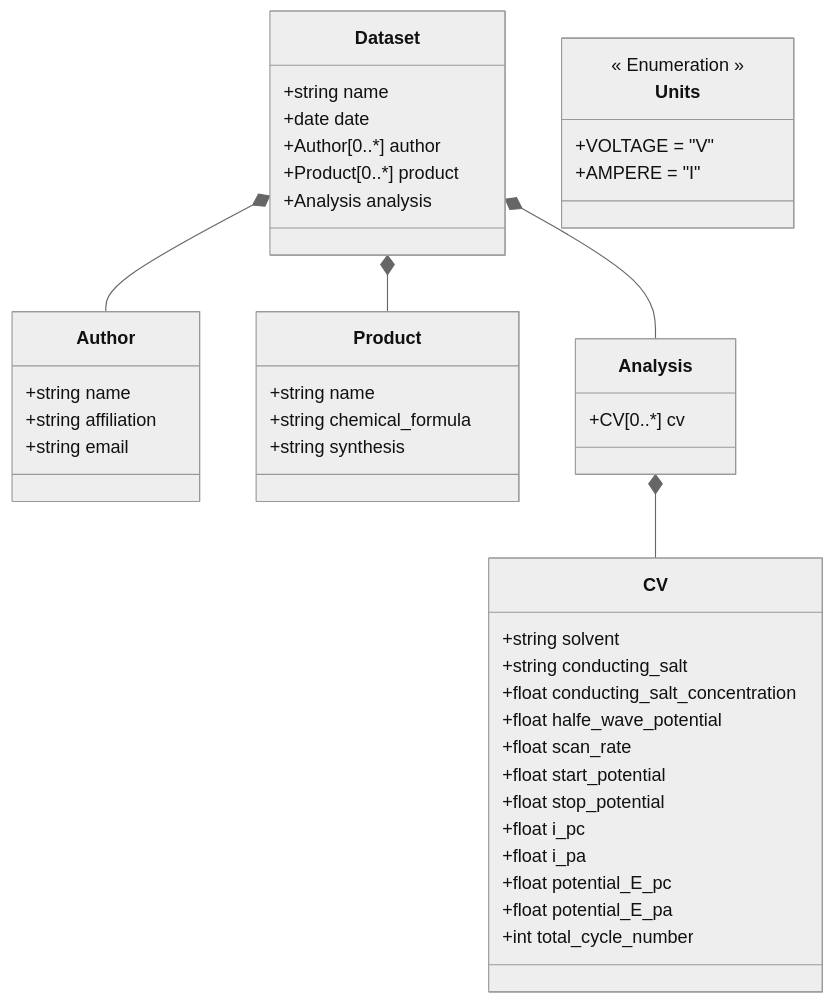
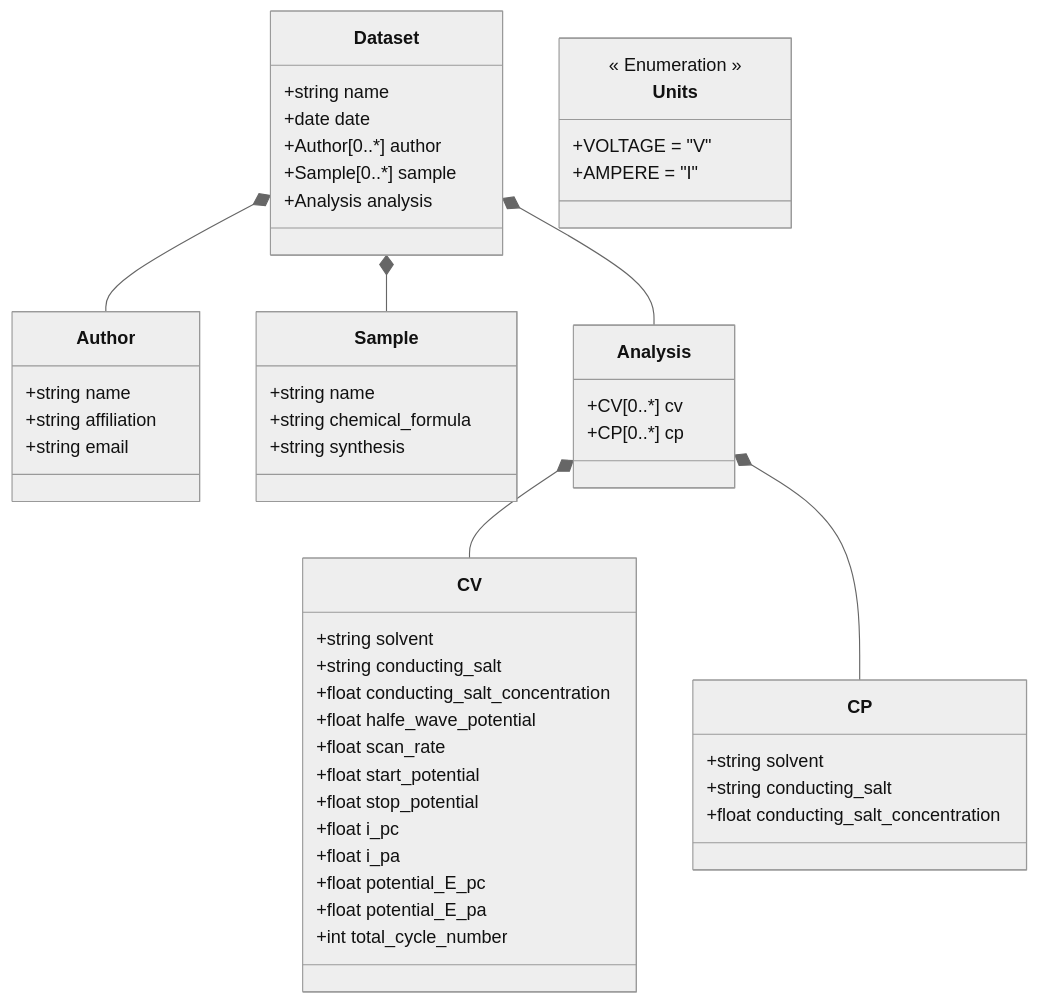
One commit to FAIRChemistry/datamodel-electrochemistry changed the diagram in ElectrochemistryDataModel/schemes/Datamodel for Electrochemistry.md. Above: the diagram before and after it, drawn with Mermaid (neutral theme). The commit also changed 7 other files, not shown here.

````diff
--- a/ElectrochemistryDataModel/schemes/Datamodel for Electrochemistry.md
+++ b/ElectrochemistryDataModel/schemes/Datamodel for Electrochemistry.md
@@ -1,53 +1,61 @@
 ```mermaid
 classDiagram
     Dataset *-- Author
-    Dataset *-- Product
+    Dataset *-- Sample
     Dataset *-- Analysis
     Analysis *-- CV
+    Analysis *-- CP
     
     class Dataset {
         +string name
         +date date
         +Author[0..*] author
-        +Product[0..*] product
+        +Sample[0..*] sample
         +Analysis analysis
     }
     
-    class Product {
+    class Sample {
         +string name
         +string chemical_formula
         +string synthesis
     }
     
     class Analysis {
         +CV[0..*] cv
+        +CP[0..*] cp
+    }
+    
+    class CP {
+        +string solvent
+        +string conducting_salt
+        +float conducting_salt_concentration
     }
     
     class CV {
         +string solvent
         +string conducting_salt
         +float conducting_salt_concentration
         +float halfe_wave_potential
         +float scan_rate
         +float start_potential
         +float stop_potential
         +float i_pc
         +float i_pa
         +float potential_E_pc
         +float potential_E_pa
         +int total_cycle_number
     }
     
     class Author {
         +string name
         +string affiliation
         +string email
     }
     
     class Units {
         << Enumeration >>
         +VOLTAGE = "V"
         +AMPERE = "I"
     }
     
 ```
````
